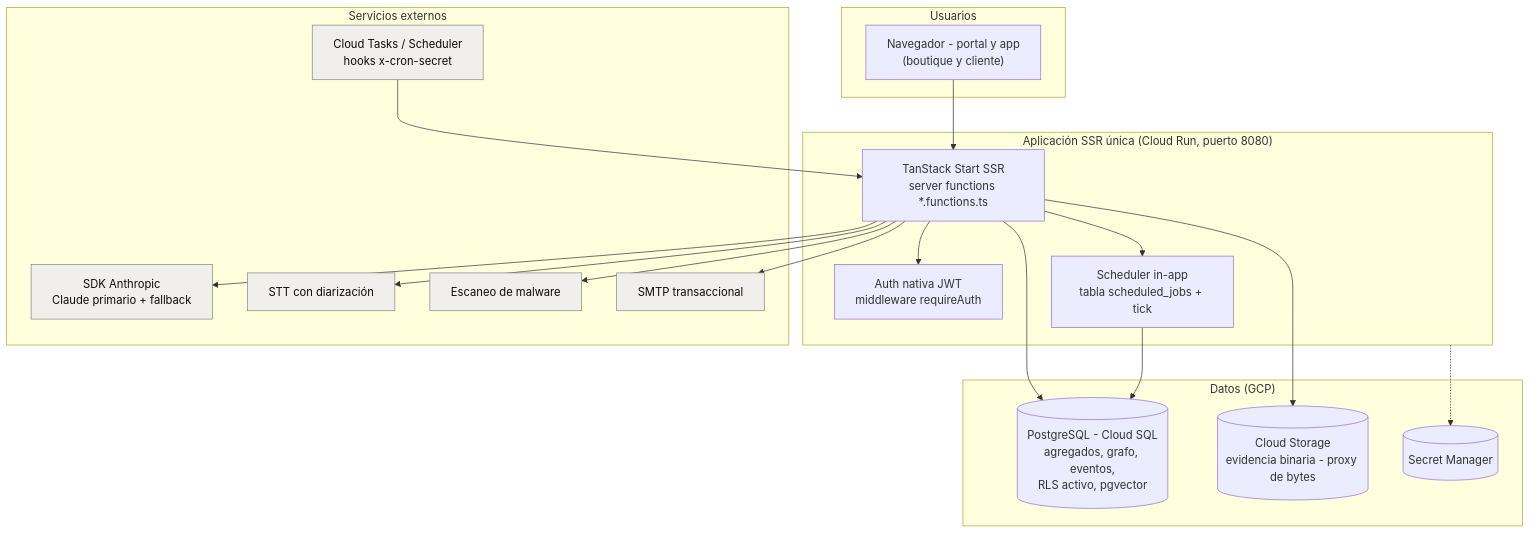
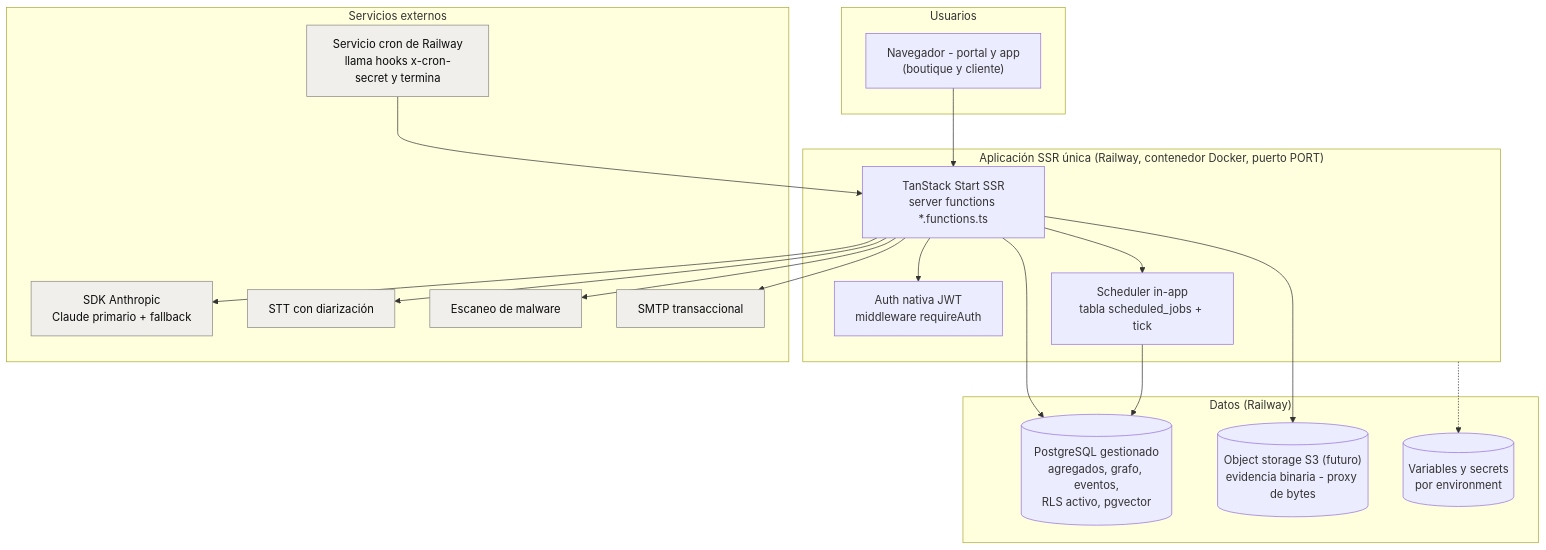
Before and after one commit to jtrujillo-ws/designio-app: the first of 2 diagrams in docs/06-diseno-tecnico/diseno-tecnico.md, drawn with Mermaid. The commit also changed other lines of this file and 6 other files, not shown here.

````diff
--- a/docs/06-diseno-tecnico/diseno-tecnico.md
+++ b/docs/06-diseno-tecnico/diseno-tecnico.md
@@ -115,42 +115,42 @@
 ```mermaid
 flowchart TD
   subgraph Clientes["Usuarios"]
     B["Navegador - portal y app<br/>(boutique y cliente)"]
   end
 
-  subgraph App["Aplicación SSR única (Cloud Run, puerto 8080)"]
+  subgraph App["Aplicación SSR única (Railway, contenedor Docker, puerto PORT)"]
     W["TanStack Start SSR<br/>server functions *.functions.ts"]
     AUTH["Auth nativa JWT<br/>middleware requireAuth"]
     SCH["Scheduler in-app<br/>tabla scheduled_jobs + tick"]
   end
 
-  subgraph Datos["Datos (GCP)"]
-    PG[("PostgreSQL - Cloud SQL<br/>agregados, grafo, eventos,<br/>RLS activo, pgvector")]
-    OS[("Cloud Storage<br/>evidencia binaria - proxy de bytes")]
-    SM[("Secret Manager")]
+  subgraph Datos["Datos (Railway)"]
+    PG[("PostgreSQL gestionado<br/>agregados, grafo, eventos,<br/>RLS activo, pgvector")]
+    OS[("Object storage S3 (futuro)<br/>evidencia binaria - proxy de bytes")]
+    SM[("Variables y secrets<br/>por environment")]
   end
 
   subgraph Ext["Servicios externos"]
     LLM["SDK Anthropic<br/>Claude primario + fallback"]
     STT["STT con diarización"]
     AV["Escaneo de malware"]
     MAIL["SMTP transaccional"]
-    CT["Cloud Tasks / Scheduler<br/>hooks x-cron-secret"]
+    CT["Servicio cron de Railway<br/>llama hooks x-cron-secret y termina"]
   end
 
   B --> W
   W --> AUTH
   W --> PG
   W --> OS
   W --> SCH
   SCH --> PG
   CT --> W
   W --> LLM
   W --> STT
   W --> AV
   W --> MAIL
   App -.-> SM
 
   classDef ext fill:#f0efec,stroke:#898781,color:#0b0b0b
   class LLM,STT,AV,MAIL,CT ext
 ```
````
